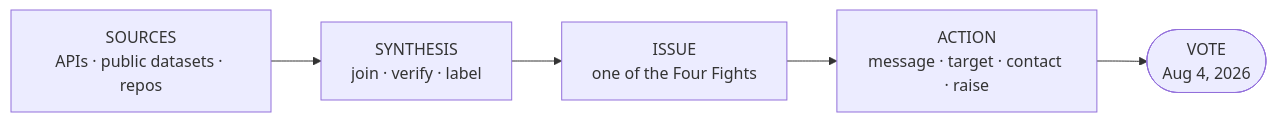
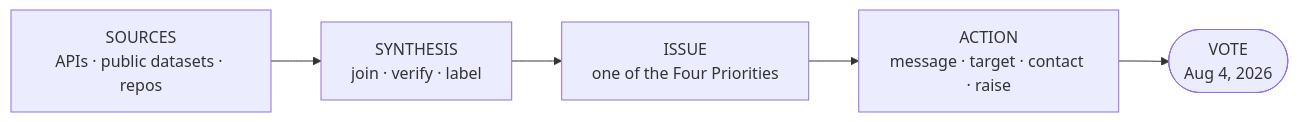
Before and after one commit to dougdevitre/matt-grant: the first of 2 diagrams in candidate/issues-to-action-data-synthesis-plan.md, drawn with Mermaid. The commit also changed other lines of this file and 17 other files, not shown here.

````diff
--- a/candidate/issues-to-action-data-synthesis-plan.md
+++ b/candidate/issues-to-action-data-synthesis-plan.md
@@ -17,7 +17,7 @@
 ```mermaid
 flowchart LR
     S["SOURCES\nAPIs · public datasets · repos"] --> Y["SYNTHESIS\njoin · verify · label"]
-    Y --> I["ISSUE\none of the Four Fights"]
+    Y --> I["ISSUE\none of the Four Priorities"]
     I --> A["ACTION\nmessage · target · contact · raise"]
     A --> V(["VOTE\nAug 4, 2026"])
 ```
````
